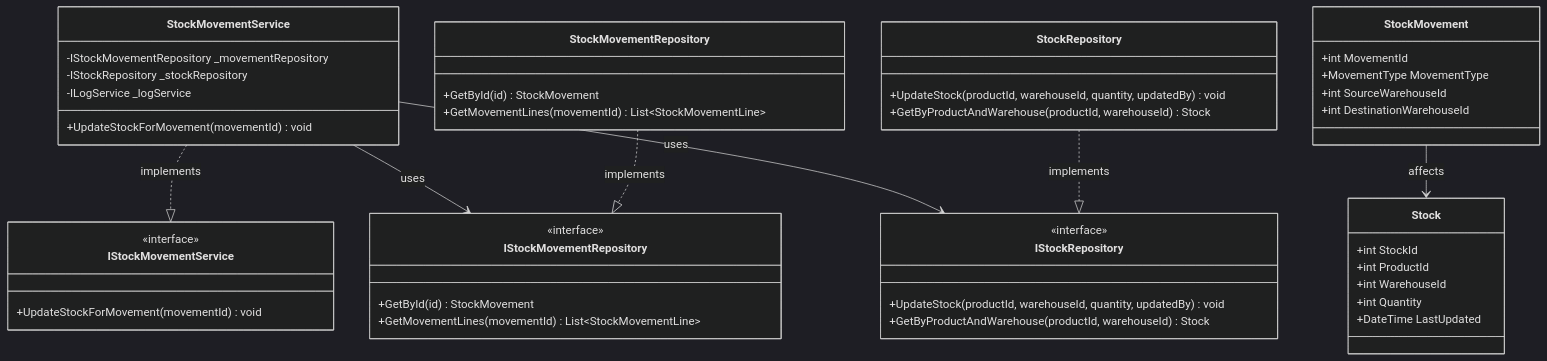
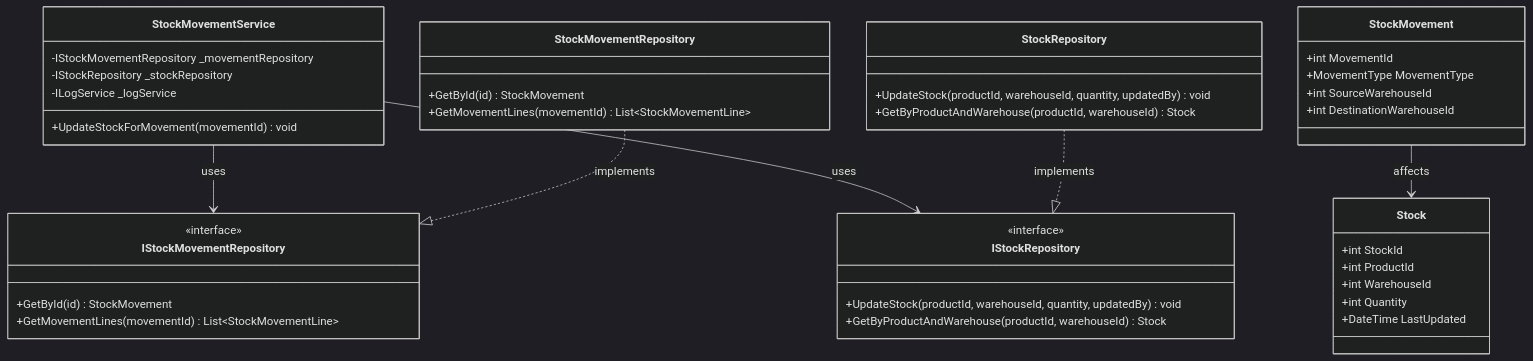
Before and after one commit to nahuk86/tp_diploma_nk_2026: diagram 15 of 16 in Documentation/UML_Diagrams/14_Movements_UseCases.md, drawn with Mermaid (dark theme). The commit also changed other lines of this file and 5 other files, not shown here.

First line of the commit message:
Fix UML documentation: remove non-existent BLL service interfaces

````diff
--- a/Documentation/UML_Diagrams/14_Movements_UseCases.md
+++ b/Documentation/UML_Diagrams/14_Movements_UseCases.md
@@ -636,58 +593,53 @@
 ```mermaid
 classDiagram
     class StockMovementService {
         -IStockMovementRepository _movementRepository
         -IStockRepository _stockRepository
         -ILogService _logService
         +UpdateStockForMovement(movementId) void
     }
 
-    class IStockMovementService {
-        <<interface>>
-        +UpdateStockForMovement(movementId) void
-    }
 
     class IStockMovementRepository {
         <<interface>>
         +GetById(id) StockMovement
         +GetMovementLines(movementId) List~StockMovementLine~
     }
 
     class IStockRepository {
         <<interface>>
         +UpdateStock(productId, warehouseId, quantity, updatedBy) void
         +GetByProductAndWarehouse(productId, warehouseId) Stock
     }
 
     class StockMovementRepository {
         +GetById(id) StockMovement
         +GetMovementLines(movementId) List~StockMovementLine~
     }
 
     class StockRepository {
         +UpdateStock(productId, warehouseId, quantity, updatedBy) void
         +GetByProductAndWarehouse(productId, warehouseId) Stock
     }
 
     class StockMovement {
         +int MovementId
         +MovementType MovementType
         +int SourceWarehouseId
         +int DestinationWarehouseId
     }
 
     class Stock {
         +int StockId
         +int ProductId
         +int WarehouseId
         +int Quantity
         +DateTime LastUpdated
     }
 
-    StockMovementService ..|> IStockMovementService : implements
     StockMovementService --> IStockMovementRepository : uses
     StockMovementService --> IStockRepository : uses
     StockMovementRepository ..|> IStockMovementRepository : implements
     StockRepository ..|> IStockRepository : implements
     StockMovement --> Stock : affects
 ```
````
